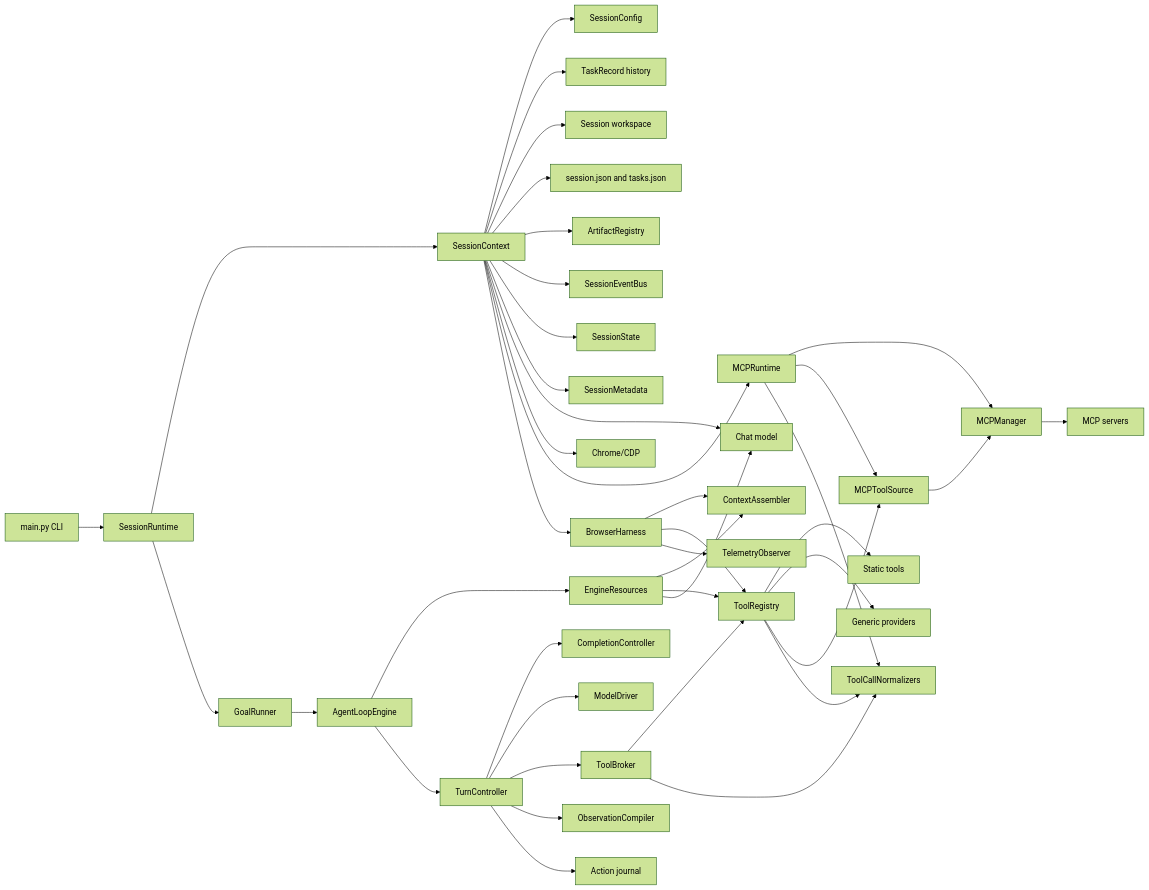
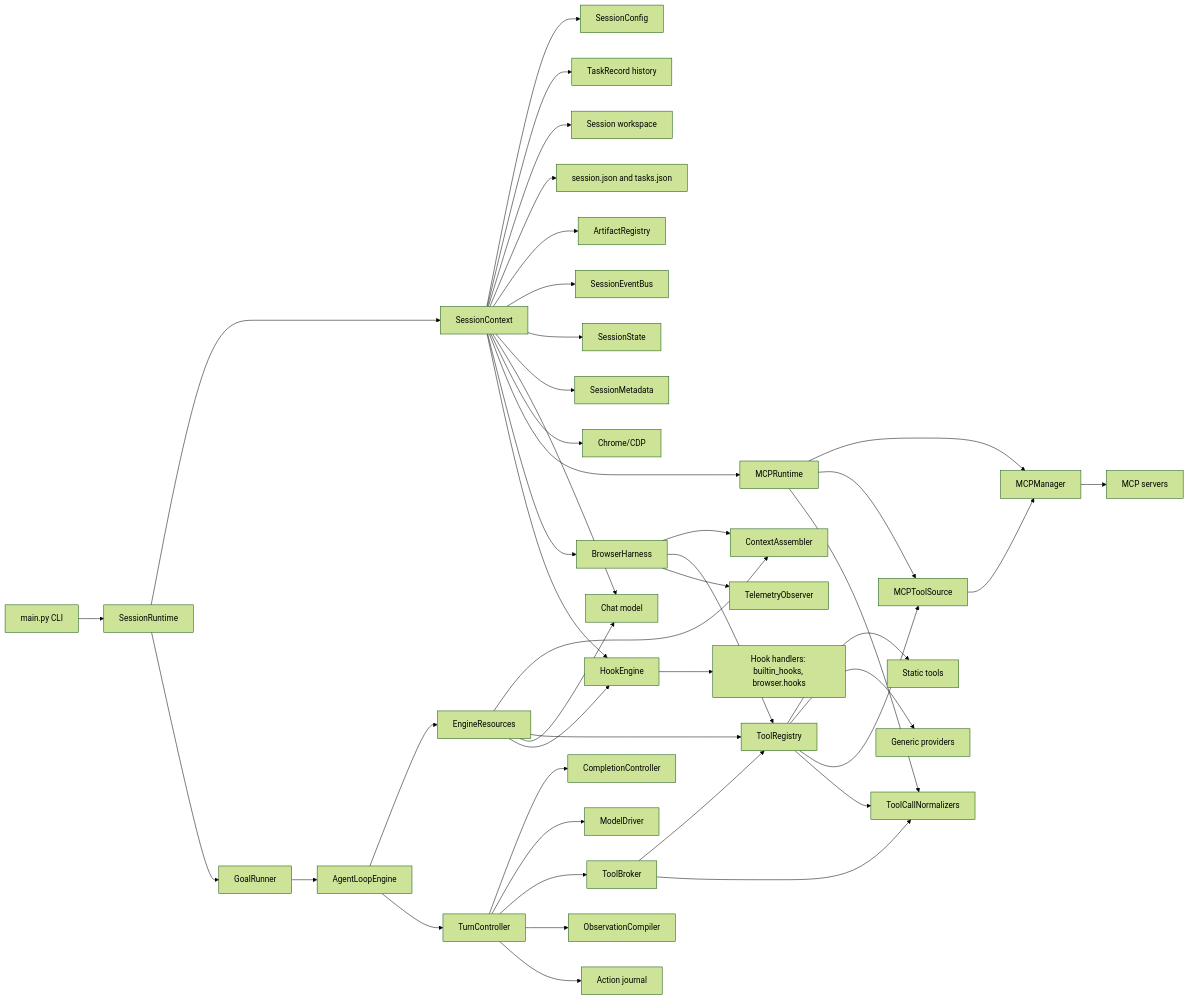
One commit to Hastur456/AutoBrowser changed the diagram in docs/diagrams/harness-boundaries.md. Above: the diagram before and after it, drawn with Mermaid (forest theme). The commit also changed other lines of this file and 6 other files, not shown here.

First line of the commit message:
docs(hooks): document lifecycle hooks in diagrams, guides and glossary

````diff
--- a/docs/diagrams/harness-boundaries.md
+++ b/docs/diagrams/harness-boundaries.md
@@ -8,43 +8,46 @@
 ```mermaid
 flowchart LR
   CLI[main.py CLI] --> Session[SessionRuntime]
   Session --> SessionCtx[SessionContext]
   SessionCtx --> Config[SessionConfig]
   SessionCtx --> Tasks[TaskRecord history]
   SessionCtx --> Workspace[Session workspace]
   SessionCtx --> SessionFiles[session.json and tasks.json]
   SessionCtx --> Artifacts[ArtifactRegistry]
   SessionCtx --> Events[SessionEventBus]
   SessionCtx --> State[SessionState]
   SessionCtx --> Metadata[SessionMetadata]
   SessionCtx --> LLM[Chat model]
   SessionCtx --> Chrome[Chrome/CDP]
   SessionCtx --> MCPRuntime[MCPRuntime]
   SessionCtx --> Harness[BrowserHarness]
+  SessionCtx --> Hooks[HookEngine]
+  Hooks --> HookHandlers[Hook handlers: builtin_hooks, browser.hooks]
   MCPRuntime --> Manager[MCPManager]
   MCPRuntime --> ToolSource[MCPToolSource]
   MCPRuntime --> Normalizers[ToolCallNormalizers]
   Manager --> MCP[MCP servers]
   Session --> GoalRunner[GoalRunner]
   GoalRunner --> Engine[AgentLoopEngine]
   Harness --> ContextAssembler[ContextAssembler]
   Harness --> Tools[ToolRegistry]
   Harness --> Telemetry[TelemetryObserver]
   Engine --> Resources[EngineResources]
   Resources --> ContextAssembler
   Resources --> Tools
   Resources --> LLM
+  Resources --> Hooks
   Tools --> StaticTools[Static tools]
   Tools --> Providers[Generic providers]
   Tools --> ToolSource
   Tools --> Normalizers
   ToolSource --> Manager
   Engine --> TurnController[TurnController]
   TurnController --> Completion[CompletionController]
   TurnController --> ModelDriver[ModelDriver]
   TurnController --> ToolBroker[ToolBroker]
   TurnController --> ObsCompiler[ObservationCompiler]
   ToolBroker --> Tools
   ToolBroker --> Normalizers
   TurnController --> Journal[Action journal]
 ```
````
